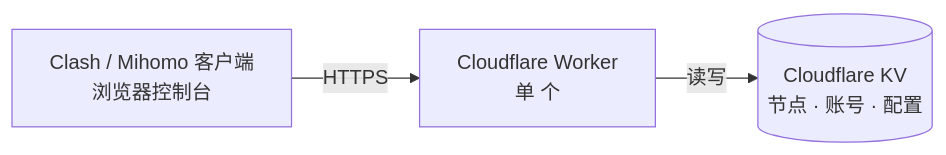
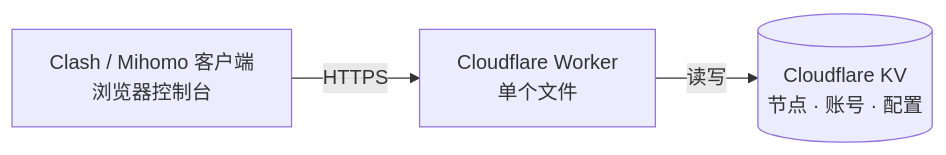
The diagram in README.md (jinhuaitao/Clash), drawn with Mermaid before and after one commit.

Commit message:
Fix Cloudflare Worker description in README
Corrected the description of the Cloudflare Worker in the architecture overview.

````diff
--- a/README.md
+++ b/README.md
@@ -29,5 +29,5 @@
 ```mermaid
 flowchart LR
-    C["Clash / Mihomo 客户端<br/>浏览器控制台"] -->|"HTTPS"| W["Cloudflare Worker<br/>单 个 "]
+    C["Clash / Mihomo 客户端<br/>浏览器控制台"] -->|"HTTPS"| W["Cloudflare Worker<br/>单个文件 "]
     W -->|"读写"| K[("Cloudflare KV<br/>节点 · 账号 · 配置")]
 ```
````
